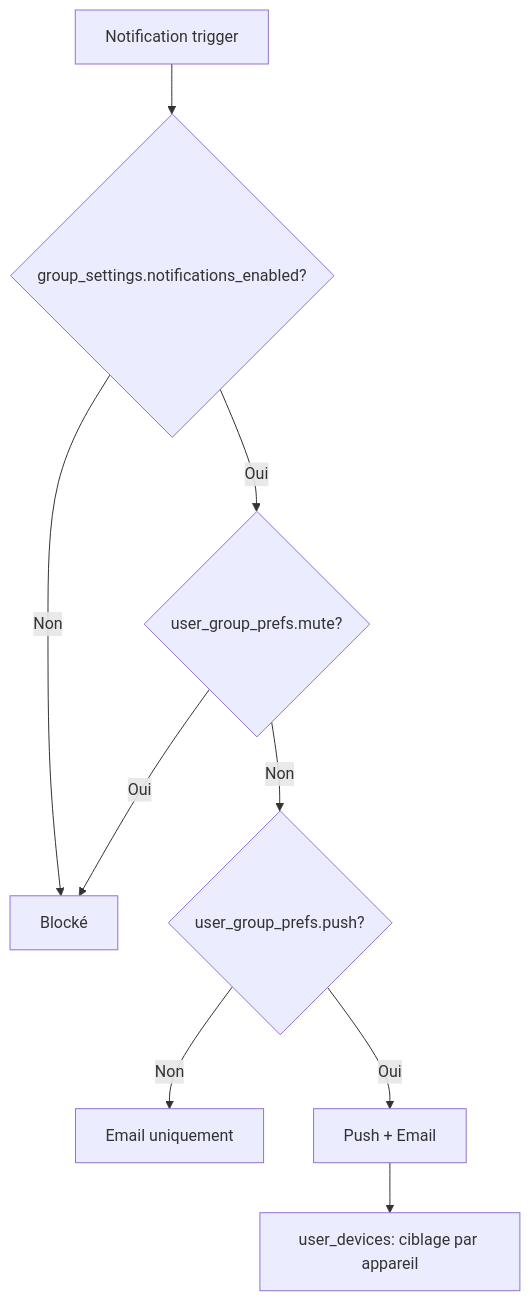
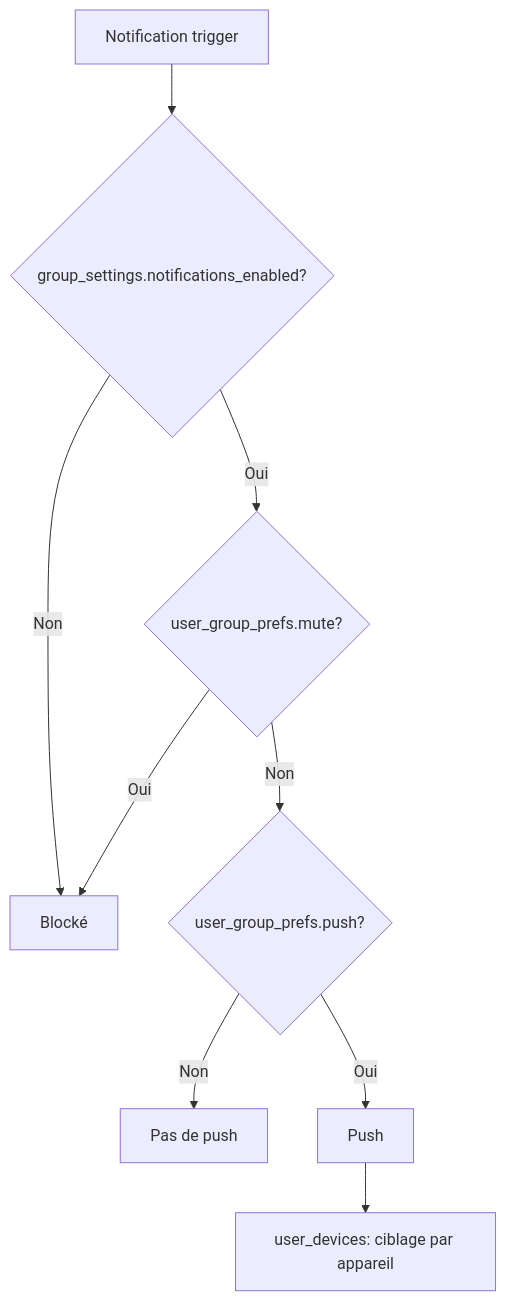
The diagram in docs/notifications.md (Adrien490/jimboa), drawn with Mermaid before and after one commit. The commit also changed other lines of this file and 3 other files, not shown here.

````diff
--- a/docs/notifications.md
+++ b/docs/notifications.md
@@ -18,11 +18,11 @@
 ```mermaid
 flowchart TD
     A[Notification trigger] --> B{group_settings.notifications_enabled?}
     B -->|Non| C[Blocké]
     B -->|Oui| D{user_group_prefs.mute?}
     D -->|Oui| C
     D -->|Non| E{user_group_prefs.push?}
-    E -->|Non| F[Email uniquement]
-    E -->|Oui| G[Push + Email]
+    E -->|Non| F[Pas de push]
+    E -->|Oui| G[Push]
     G --> H[user_devices: ciblage par appareil]
 ```
````
